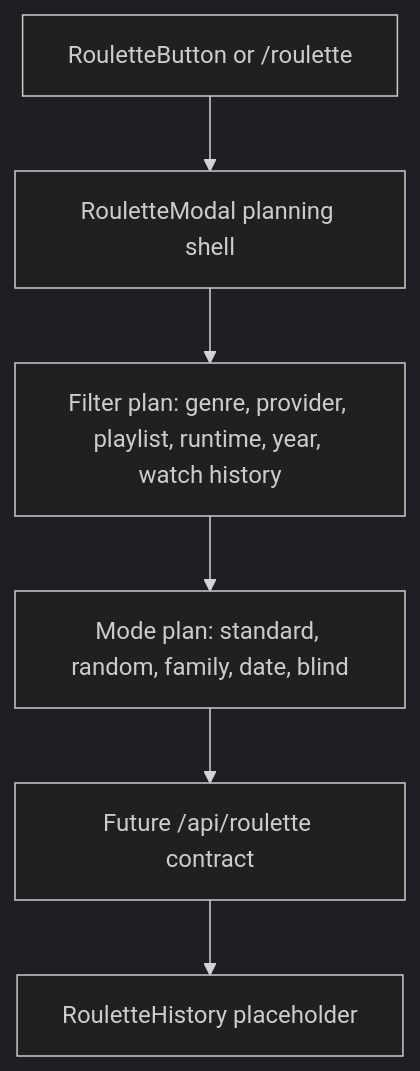
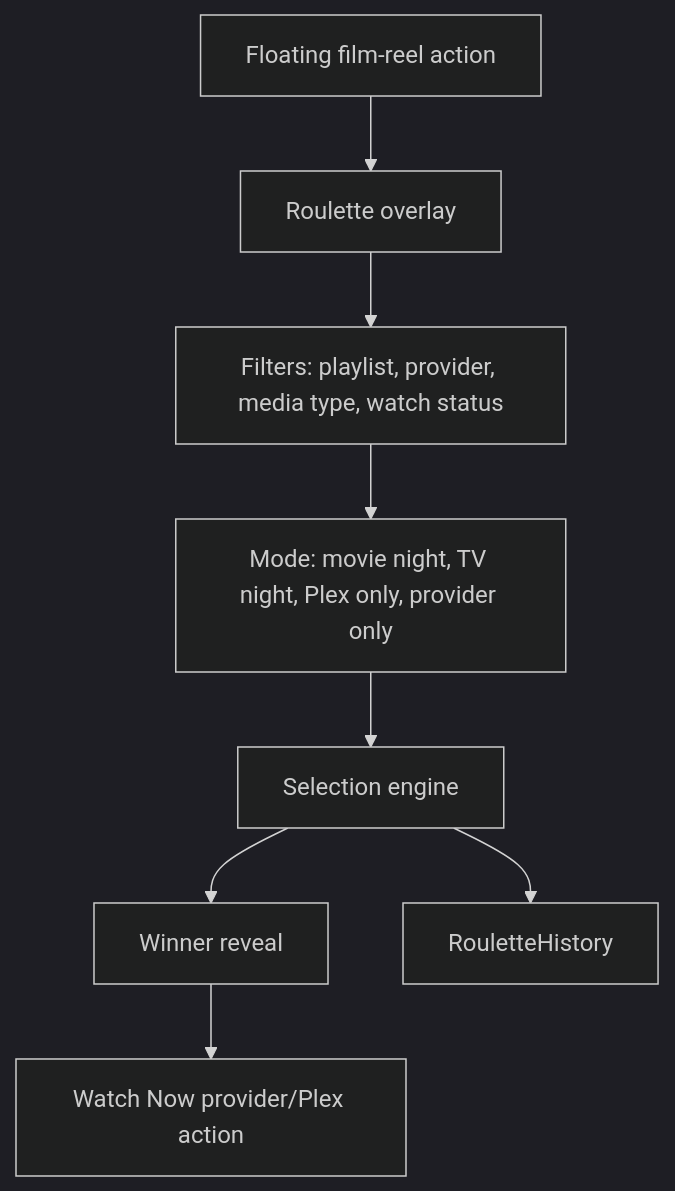
The diagram in docs/roulette-system.md (TerryFoster1/flim), drawn with Mermaid (dark theme) before and after one commit. The commit also changed other lines of this file and 11 other files, not shown here.

Commit message:
Add master entertainment roadmap

````diff
--- a/docs/roulette-system.md
+++ b/docs/roulette-system.md
@@ -43,8 +68,10 @@
 ```mermaid
 flowchart TD
-  Entry["RouletteButton or /roulette"] --> Modal["RouletteModal planning shell"]
-  Modal --> Filters["Filter plan: genre, provider, playlist, runtime, year, watch history"]
-  Filters --> Mode["Mode plan: standard, random, family, date, blind"]
-  Mode --> FutureAPI["Future /api/roulette contract"]
-  FutureAPI --> History["RouletteHistory placeholder"]
+  Entry["Floating film-reel action"] --> Overlay["Roulette overlay"]
+  Overlay --> Filters["Filters: playlist, provider, media type, watch status"]
+  Filters --> Mode["Mode: movie night, TV night, Plex only, provider only"]
+  Mode --> Selection["Selection engine"]
+  Selection --> Winner["Winner reveal"]
+  Winner --> Watch["Watch Now provider/Plex action"]
+  Selection --> History["RouletteHistory"]
 ```
````
